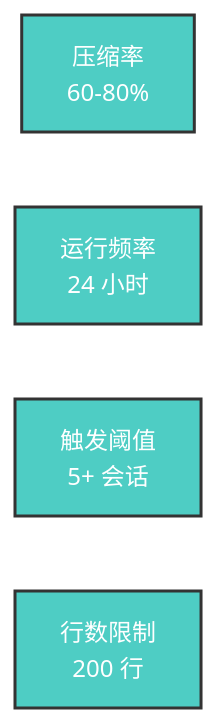
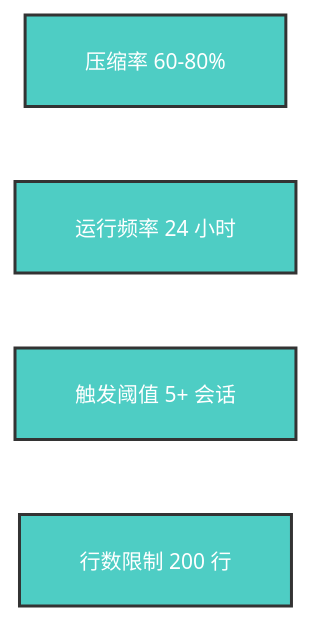
Before and after one commit to yufengyuanx/blog: diagram 11 of 11 in docs/research/claude-code-auto-dream.md, drawn with Mermaid. The commit also changed other lines of this file, not shown here.

Commit message:
fix: 优化所有 Mermaid 图表文字显示（减小字体 + 简化文字 + 自动换行）

````diff
--- a/docs/research/claude-code-auto-dream.md
+++ b/docs/research/claude-code-auto-dream.md
@@ -661,13 +661,13 @@
 ```mermaid
-%%{init: {'theme': 'default', 'themeVariables': { 'fontSize': '16px', 'nodeBorder': '#2c3e50', 'clusterBkg': '#f8f9fa' }}}%%
+%%{init: {'theme': 'default', 'themeVariables': { 'fontSize': '14px', 'nodeBorder': '#2c3e50', 'clusterBkg': '#f8f9fa', 'nodeTextMargin': 4 }, 'flowchart': { 'curve': 'basis', 'padding': 20 }}}%%
 graph LR
-    A[压缩率\n60-80%] 
-    B[运行频率\n24 小时]
-    C[触发阈值\n5+ 会话]
-    D[行数限制\n200 行]
+    A[压缩率 60-80%] 
+    B[运行频率 24 小时]
+    C[触发阈值 5+ 会话]
+    D[行数限制 200 行]
     
     style A fill:#4ecdc4,color:#fff,stroke:#333,stroke-width:2px
     style B fill:#4ecdc4,color:#fff,stroke:#333,stroke-width:2px
     style C fill:#4ecdc4,color:#fff,stroke:#333,stroke-width:2px
     style D fill:#4ecdc4,color:#fff,stroke:#333,stroke-width:2px
 ```
````
